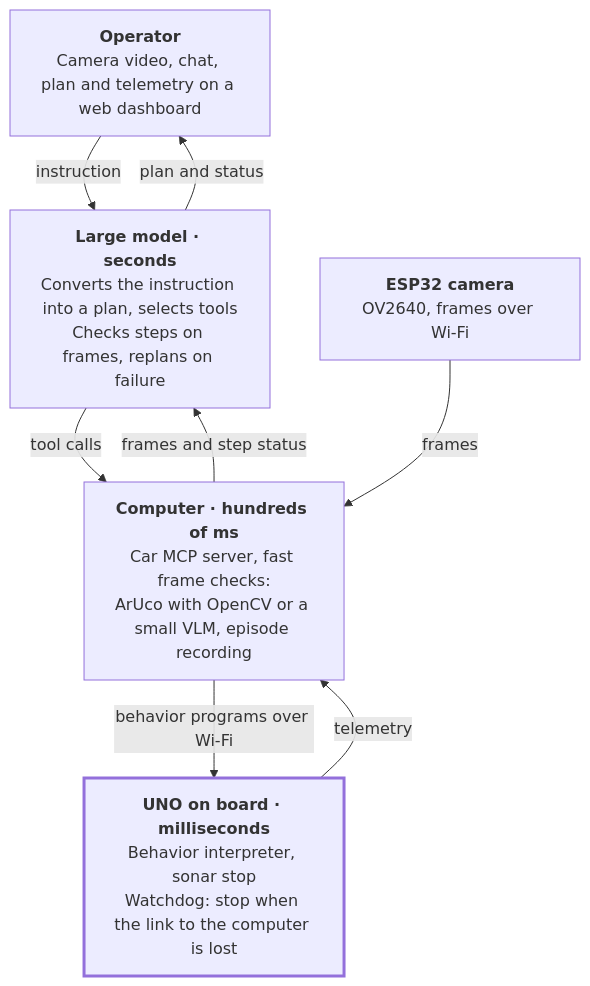
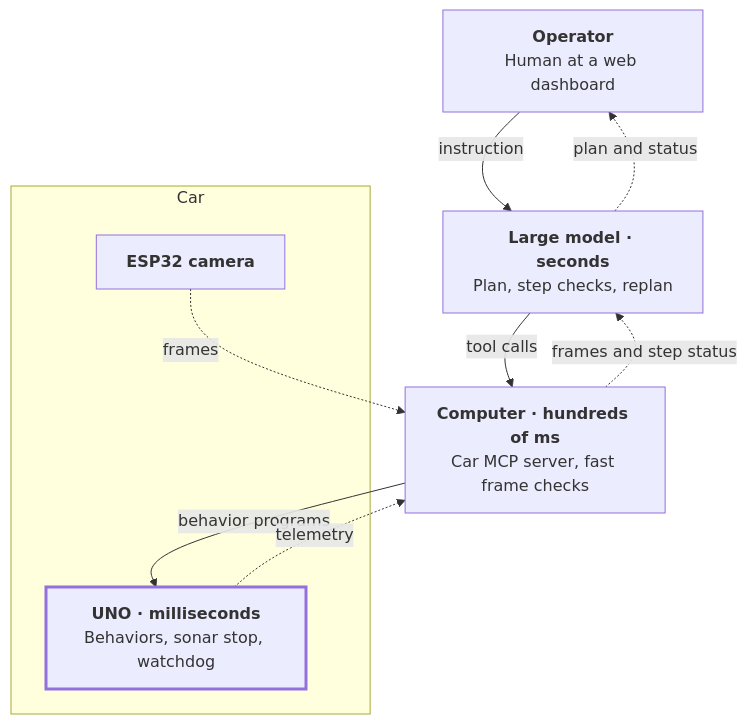
One commit to bellal89/elegoo-llm-agent changed the diagram in README.md. Above: the diagram before and after it, drawn with Mermaid. The commit also changed other lines of this file, not shown here.

Commit message:
docs: simplify the architecture diagram
Mark observations with dotted arrows, group the UNO and the camera in the car, shorten the texts.

````diff
--- a/README.md
+++ b/README.md
@@ -67,19 +67,21 @@
 ```mermaid
 flowchart TB
-    op["<b>Operator</b><br/>Camera video, chat, plan and telemetry on a web dashboard"]
-    llm["<b>Large model · seconds</b><br/>Converts the instruction into a plan, selects tools<br/>Checks steps on frames, replans on failure"]
-    pc["<b>Computer · hundreds of ms</b><br/>Car MCP server, fast frame checks:<br/>ArUco with OpenCV or a small VLM, episode recording"]
-    uno["<b>UNO on board · milliseconds</b><br/>Behavior interpreter, sonar stop<br/>Watchdog: stop when the link to the computer is lost"]
-    cam["<b>ESP32 camera</b><br/>OV2640, frames over Wi-Fi"]
+    op["<b>Operator</b><br/>Human at a web dashboard"]
+    llm["<b>Large model · seconds</b><br/>Plan, step checks, replan"]
+    pc["<b>Computer · hundreds of ms</b><br/>Car MCP server, fast frame checks"]
+    subgraph car [Car]
+        uno["<b>UNO · milliseconds</b><br/>Behaviors, sonar stop, watchdog"]
+        cam["<b>ESP32 camera</b>"]
+    end
 
     op -- instruction --> llm
-    llm -- plan and status --> op
+    llm -. plan and status .-> op
     llm -- tool calls --> pc
-    pc -- frames and step status --> llm
-    pc -- behavior programs over Wi-Fi --> uno
-    uno -- telemetry --> pc
-    cam -- frames --> pc
+    pc -. frames and step status .-> llm
+    pc -- behavior programs --> uno
+    uno -. telemetry .-> pc
+    cam -. frames .-> pc
 
     classDef fast stroke-width:3px
     class uno fast
 ```
````
